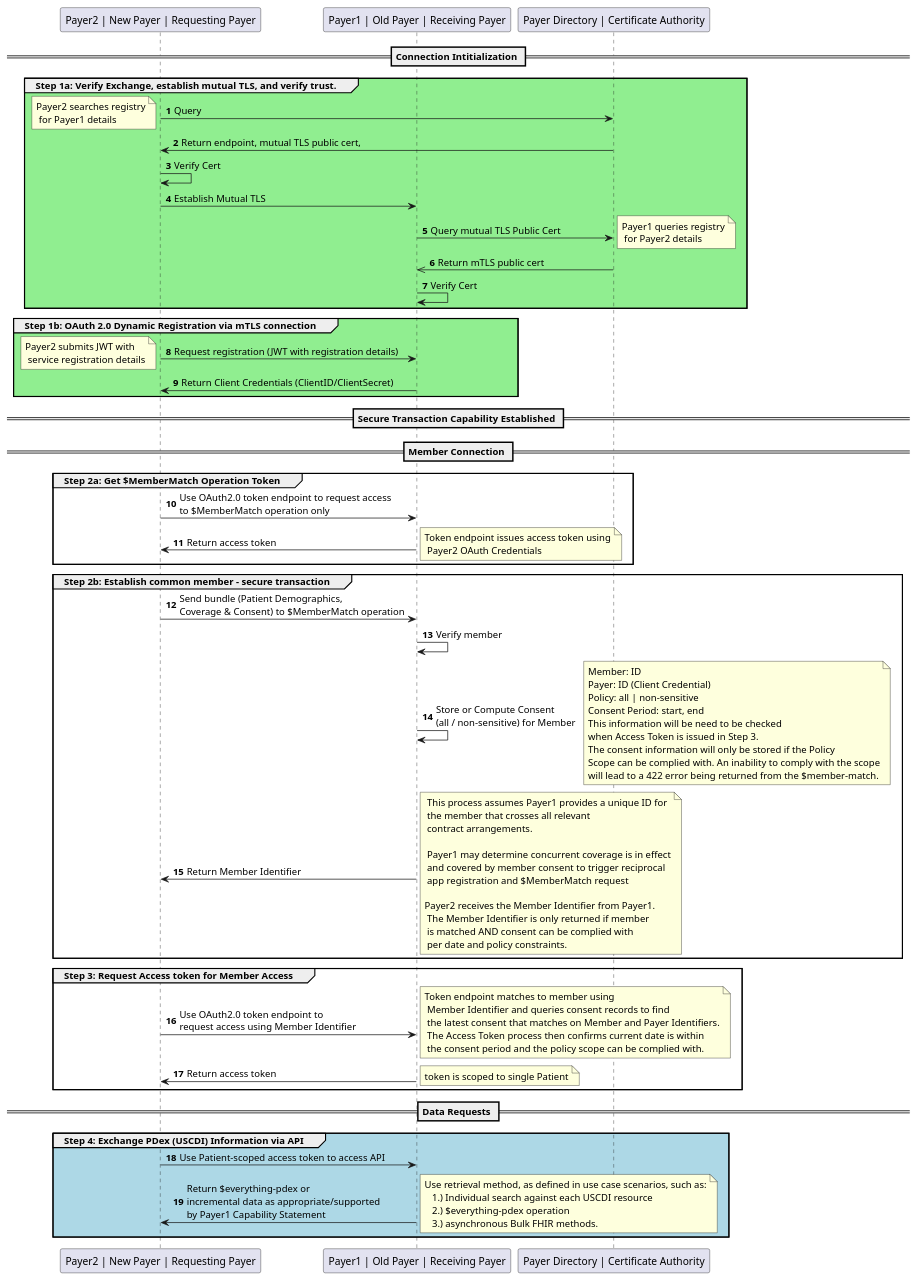
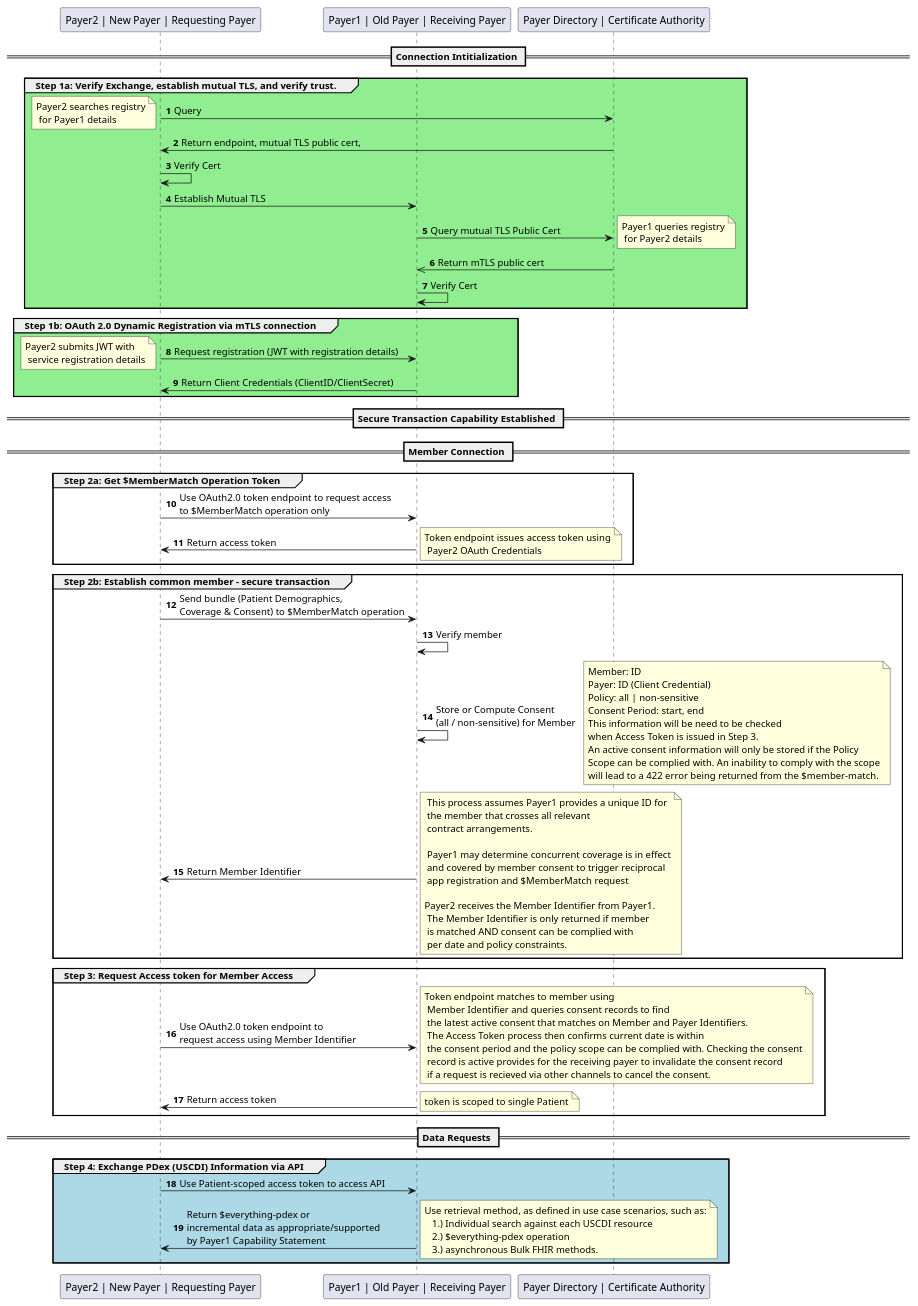
The diagram in input/images-source/authorization-consent.plantuml (HL7/davinci-epdx), drawn with PlantUML before and after one commit.

Commit message:
BallotRec-Vote7 Ticket 39314 - Refine consent information in $member-match flow.

```diff
--- a/input/images-source/authorization-consent.plantuml
+++ b/input/images-source/authorization-consent.plantuml
@@ -1,103 +1,105 @@
 @startuml
 skinparam svgDimensionStyle false
 autonumber
 participant "Payer2 | New Payer | Requesting Payer" as Payer2
 participant "Payer1 | Old Payer | Receiving Payer" as Payer1
 participant "Payer Directory | Certificate Authority" as PayerDirectory
 == Connection Intitialization ==
 group #LightGreen Step 1a: Verify Exchange, establish mutual TLS, and verify trust.
 	Payer2 -> PayerDirectory : Query
   note left
   	Payer2 searches registry
     for Payer1 details
   endnote
 	PayerDirectory -> Payer2 : Return endpoint, mutual TLS public cert,
 	Payer2 -> Payer2 : Verify Cert
 	Payer2 -> Payer1 : Establish Mutual TLS
 	Payer1 -> PayerDirectory : Query mutual TLS Public Cert
   note right
   	Payer1 queries registry
     for Payer2 details
   endnote
 	PayerDirectory ->> Payer1 : Return mTLS public cert
 	Payer1 -> Payer1 : Verify Cert
 end
 group #lightGreen Step 1b: OAuth 2.0 Dynamic Registration via mTLS connection
 	Payer2 -> Payer1 : Request registration (JWT with registration details)
 	note left
   	Payer2 submits JWT with
     service registration details
   endnote
   Payer1 -> Payer2 : Return Client Credentials (ClientID/ClientSecret)
 
 end
 == Secure Transaction Capability Established ==
 
 == Member Connection ==
 group Step 2a: Get $MemberMatch Operation Token
 	Payer2 -> Payer1 : Use OAuth2.0 token endpoint to request access \nto $MemberMatch operation only
   Payer1 -> Payer2 : Return access token
   note right
   	Token endpoint issues access token using
     Payer2 OAuth Credentials
   endnote
 end
 group Step 2b: Establish common member - secure transaction
 	Payer2 -> Payer1 : Send bundle (Patient Demographics, \nCoverage & Consent) to $MemberMatch operation
 	Payer1 -> Payer1 : Verify member
   Payer1 -> Payer1 : Store or Compute Consent \n(all / non-sensitive) for Member
   note right
   Member: ID
   Payer: ID (Client Credential)
   Policy: all | non-sensitive
   Consent Period: start, end
   This information will be need to be checked
   when Access Token is issued in Step 3.
-  The consent information will only be stored if the Policy
+  An active consent information will only be stored if the Policy
   Scope can be complied with. An inability to comply with the scope
   will lead to a 422 error being returned from the $member-match.
   endnote
 
 	Payer1 -> Payer2 : Return Member Identifier
   note right
     This process assumes Payer1 provides a unique ID for
     the member that crosses all relevant
     contract arrangements.
 
     Payer1 may determine concurrent coverage is in effect
     and covered by member consent to trigger reciprocal
     app registration and $MemberMatch request
 
   	Payer2 receives the Member Identifier from Payer1.
     The Member Identifier is only returned if member
     is matched AND consent can be complied with
     per date and policy constraints.
   endnote
 end
 
 group Step 3: Request Access token for Member Access
 	Payer2 -> Payer1 : Use OAuth2.0 token endpoint to \nrequest access using Member Identifier
   note right
   	Token endpoint matches to member using
     Member Identifier and queries consent records to find
-    the latest consent that matches on Member and Payer Identifiers.
+    the latest active consent that matches on Member and Payer Identifiers.
     The Access Token process then confirms current date is within
-    the consent period and the policy scope can be complied with.
+    the consent period and the policy scope can be complied with. Checking the consent
+    record is active provides for the receiving payer to invalidate the consent record
+    if a request is recieved via other channels to cancel the consent.
   endnote
   Payer1 -> Payer2 : Return access token
   note right
   	token is scoped to single Patient
   endnote
 end
 == Data Requests ==
 group #LightBlue Step 4: Exchange PDex (USCDI) Information via API
   Payer2 -> Payer1 : Use Patient-scoped access token to access API
 	Payer1 -> Payer2 : Return $everything-pdex or \nincremental data as appropriate/supported \nby Payer1 Capability Statement
   note right
   	Use retrieval method, as defined in use case scenarios, such as:
       1.) Individual search against each USCDI resource
       2.) $everything-pdex operation
       3.) asynchronous Bulk FHIR methods.
   endnote
 end
 @enduml
```
